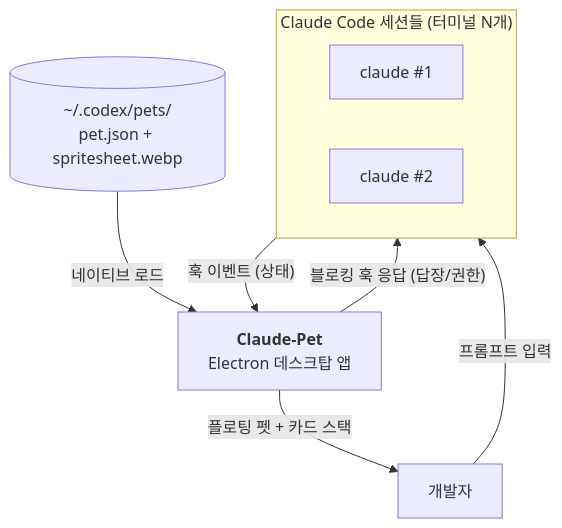
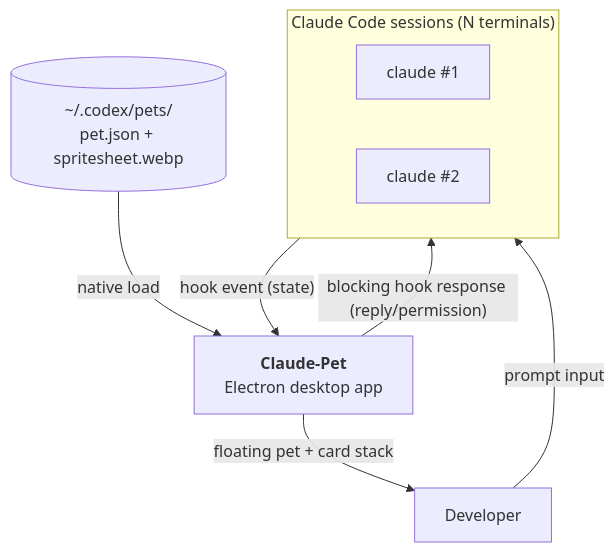
Before and after one commit to amsminn/Claude-Pet: the first of 4 diagrams in docs/01-architecture/overview.md, drawn with Mermaid. The commit also changed other lines of this file and 48 other files, not shown here.

````diff
--- a/docs/01-architecture/overview.md
+++ b/docs/01-architecture/overview.md
@@ -13,16 +14,16 @@
 ```mermaid
 flowchart TB
-    user["개발자"]
-    subgraph cc["Claude Code 세션들 (터미널 N개)"]
+    user["Developer"]
+    subgraph cc["Claude Code sessions (N terminals)"]
         s1["claude #1"]
         s2["claude #2"]
     end
     pets[("~/.codex/pets/<br/>pet.json + spritesheet.webp")]
-    app["<b>Claude-Pet</b><br/>Electron 데스크탑 앱"]
+    app["<b>Claude-Pet</b><br/>Electron desktop app"]
 
-    user -->|"프롬프트 입력"| cc
-    cc -->|"훅 이벤트 (상태)"| app
-    app -->|"블로킹 훅 응답 (답장/권한)"| cc
-    pets -->|"네이티브 로드"| app
-    app -->|"플로팅 펫 + 카드 스택"| user
+    user -->|"prompt input"| cc
+    cc -->|"hook event (state)"| app
+    app -->|"blocking hook response (reply/permission)"| cc
+    pets -->|"native load"| app
+    app -->|"floating pet + card stack"| user
 ```
````
